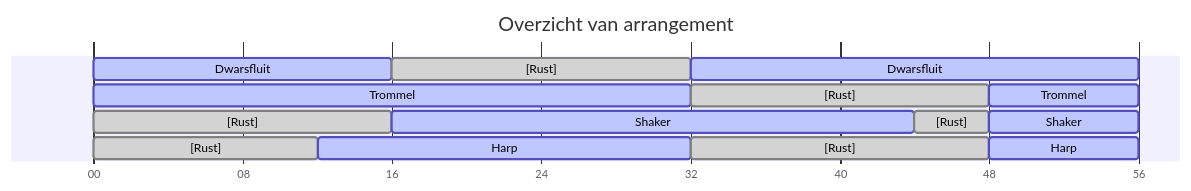
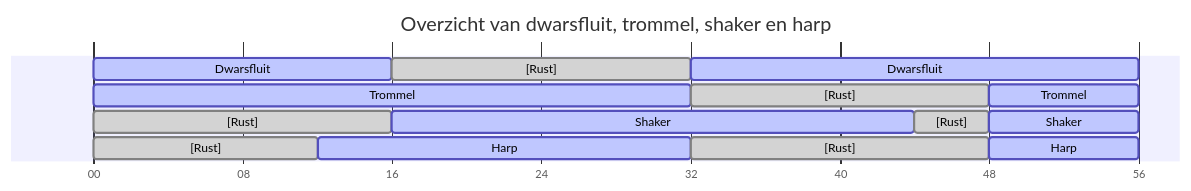
One commit to macabot/gorillaz-mountain changed the diagram in src/diagrams/overview-flute-drum-shaker-harp.mmd. Above: the diagram before and after it, drawn with Mermaid. The commit also changed 6 other files, not shown here.

```diff
--- a/src/diagrams/overview-flute-drum-shaker-harp.mmd
+++ b/src/diagrams/overview-flute-drum-shaker-harp.mmd
@@ -1,26 +1,26 @@
 ---
 displayMode: compact
 ---
 gantt
-    title Overzicht van arrangement
+    title Overzicht van dwarsfluit, trommel, shaker en harp
     dateFormat mm:ss
     axisFormat %S
     tickInterval 8second
 
     Dwarsfluit          :active, 00:00, 00:16
     [Rust]              :done,   00:16, 00:32
     Dwarsfluit          :active, 00:32, 00:56
 
     Trommel             :active, 00:00, 00:32
     [Rust]              :done,   00:32, 00:48
     Trommel             :active, 00:48, 00:56
 
     [Rust]              :done,   00:00, 00:16
     Shaker              :active, 00:16, 00:44
     [Rust]              :done,   00:44, 00:48
     Shaker              :active, 00:48, 00:56
 
     [Rust]              :done,   00:00, 00:12
     Harp                :active, 00:12, 00:32
     [Rust]              :done,   00:32, 00:48
     Harp                :active, 00:48, 00:56
```
